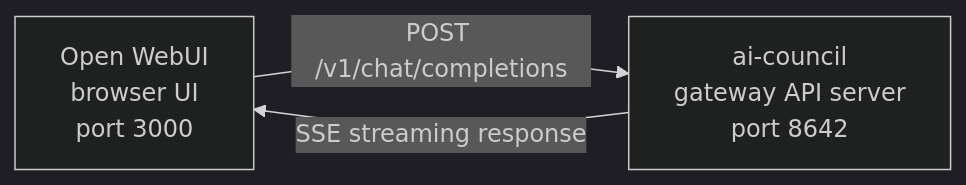
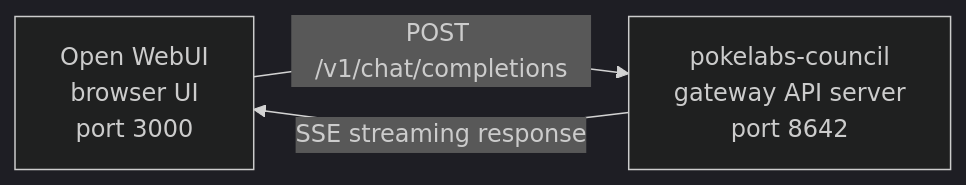
Before and after one commit to pokelabshq/council: the diagram in website/docs/user-guide/messaging/open-webui.md, drawn with Mermaid (dark theme). The commit also changed other lines of this file and 332 other files, not shown here.

````diff
--- a/website/docs/user-guide/messaging/open-webui.md
+++ b/website/docs/user-guide/messaging/open-webui.md
@@ -13,7 +13,7 @@
 ```mermaid
 flowchart LR
     A["Open WebUI<br/>browser UI<br/>port 3000"]
-    B["ai-council<br/>gateway API server<br/>port 8642"]
+    B["pokelabs-council<br/>gateway API server<br/>port 8642"]
     A -->|POST /v1/chat/completions| B
     B -->|SSE streaming response| A
 ```
````
